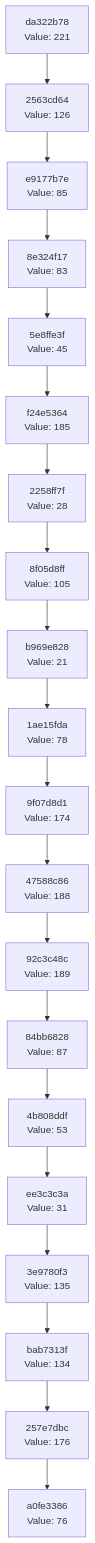
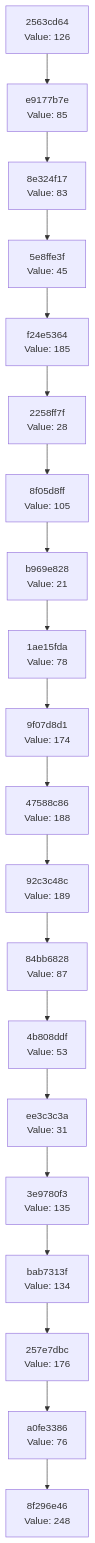
Before and after one commit to Abhisheksinha1506/hash-chain-evolver: the diagram in docs/CHAIN_VISUALIZATION.md, drawn with Mermaid. The commit also changed 2 other files, not shown here.

Commit message:
Evolution Step

````diff
--- a/docs/CHAIN_VISUALIZATION.md
+++ b/docs/CHAIN_VISUALIZATION.md
@@ -3,42 +3,42 @@
 ```mermaid
 graph TD
-    C0["a0fe3386<br/>Value: 76"]
-    C1["257e7dbc<br/>Value: 176"]
+    C0["8f296e46<br/>Value: 248"]
+    C1["a0fe3386<br/>Value: 76"]
     C1 --> C0
-    C2["bab7313f<br/>Value: 134"]
+    C2["257e7dbc<br/>Value: 176"]
     C2 --> C1
-    C3["3e9780f3<br/>Value: 135"]
+    C3["bab7313f<br/>Value: 134"]
     C3 --> C2
-    C4["ee3c3c3a<br/>Value: 31"]
+    C4["3e9780f3<br/>Value: 135"]
     C4 --> C3
-    C5["4b808ddf<br/>Value: 53"]
+    C5["ee3c3c3a<br/>Value: 31"]
     C5 --> C4
-    C6["84bb6828<br/>Value: 87"]
+    C6["4b808ddf<br/>Value: 53"]
     C6 --> C5
-    C7["92c3c48c<br/>Value: 189"]
+    C7["84bb6828<br/>Value: 87"]
     C7 --> C6
-    C8["47588c86<br/>Value: 188"]
+    C8["92c3c48c<br/>Value: 189"]
     C8 --> C7
-    C9["9f07d8d1<br/>Value: 174"]
+    C9["47588c86<br/>Value: 188"]
     C9 --> C8
-    C10["1ae15fda<br/>Value: 78"]
+    C10["9f07d8d1<br/>Value: 174"]
     C10 --> C9
-    C11["b969e828<br/>Value: 21"]
+    C11["1ae15fda<br/>Value: 78"]
     C11 --> C10
-    C12["8f05d8ff<br/>Value: 105"]
+    C12["b969e828<br/>Value: 21"]
     C12 --> C11
-    C13["2258ff7f<br/>Value: 28"]
+    C13["8f05d8ff<br/>Value: 105"]
     C13 --> C12
-    C14["f24e5364<br/>Value: 185"]
+    C14["2258ff7f<br/>Value: 28"]
     C14 --> C13
-    C15["5e8ffe3f<br/>Value: 45"]
+    C15["f24e5364<br/>Value: 185"]
     C15 --> C14
-    C16["8e324f17<br/>Value: 83"]
+    C16["5e8ffe3f<br/>Value: 45"]
     C16 --> C15
-    C17["e9177b7e<br/>Value: 85"]
+    C17["8e324f17<br/>Value: 83"]
     C17 --> C16
-    C18["2563cd64<br/>Value: 126"]
+    C18["e9177b7e<br/>Value: 85"]
     C18 --> C17
-    C19["da322b78<br/>Value: 221"]
+    C19["2563cd64<br/>Value: 126"]
     C19 --> C18
 ```
````
